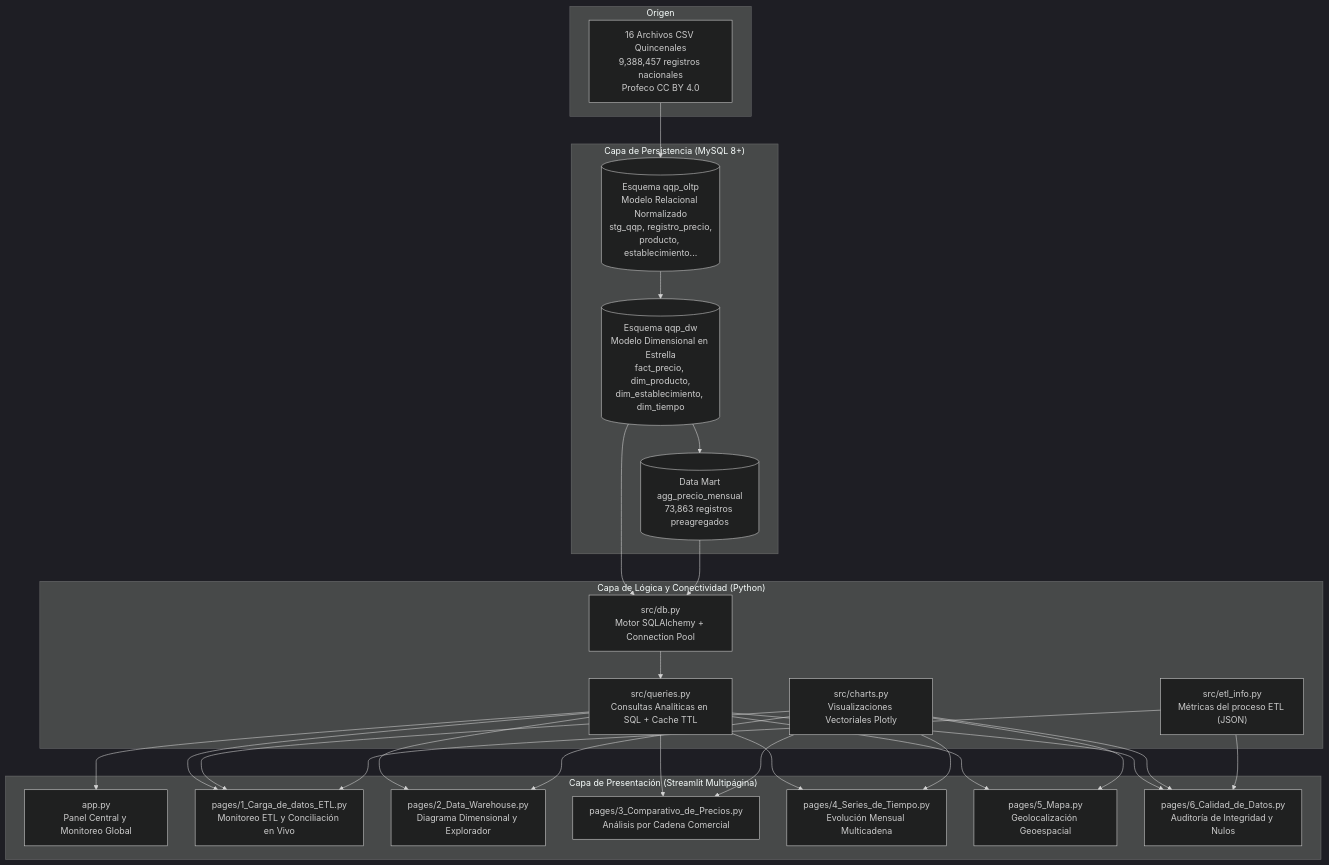
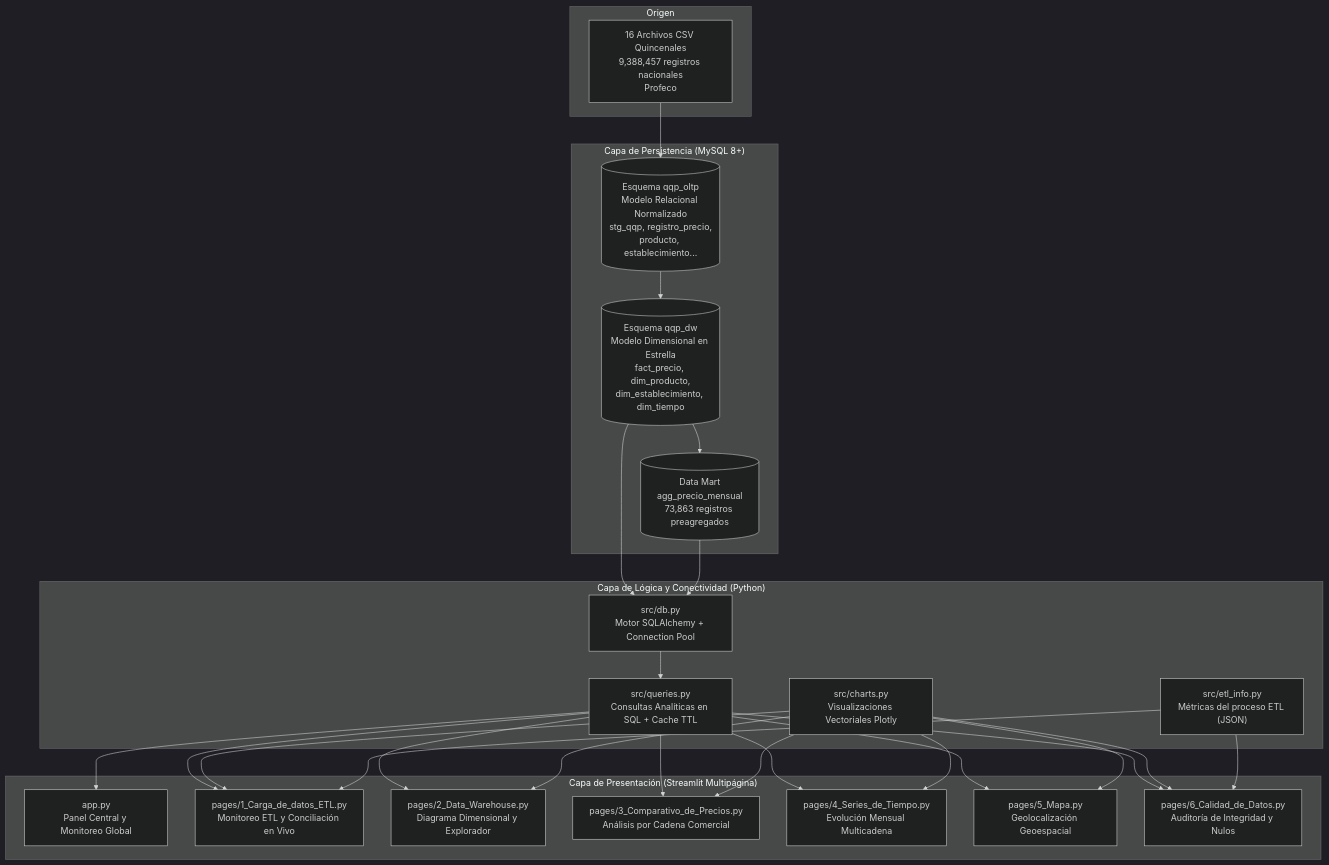
The first of 2 diagrams in docs/DOCUMENTACION_TECNICA.md (LeonardoSGP/qqp-oaxaca-dashboard), drawn with Mermaid (dark theme) before and after one commit. The commit also changed other lines of this file and 2 other files, not shown here.

Commit message:
docs: actualizar autores a Leonardo Garcia y Cristian Placido y retirar referencias a licencia CC BY 4.0

````diff
--- a/docs/DOCUMENTACION_TECNICA.md
+++ b/docs/DOCUMENTACION_TECNICA.md
@@ -23,38 +23,38 @@
 ```mermaid
 flowchart TD
     subgraph Origen
-        CSV["16 Archivos CSV Quincenales\n9,388,457 registros nacionales\nProfeco CC BY 4.0"]
+        CSV["16 Archivos CSV Quincenales\n9,388,457 registros nacionales\nProfeco"]
     end
 
     subgraph "Capa de Persistencia (MySQL 8+)"
         OLTP[("Esquema qqp_oltp\nModelo Relacional Normalizado\nstg_qqp, registro_precio,\nproducto, establecimiento...")]
         DW[("Esquema qqp_dw\nModelo Dimensional en Estrella\nfact_precio, dim_producto,\ndim_establecimiento, dim_tiempo")]
         DM[("Data Mart\nagg_precio_mensual\n73,863 registros preagregados")]
     end
 
     subgraph "Capa de Lógica y Conectividad (Python)"
         DB["src/db.py\nMotor SQLAlchemy + Connection Pool"]
         QUERIES["src/queries.py\nConsultas Analíticas en SQL + Cache TTL"]
         CHARTS["src/charts.py\nVisualizaciones Vectoriales Plotly"]
         ETL["src/etl_info.py\nMétricas del proceso ETL (JSON)"]
     end
 
     subgraph "Capa de Presentación (Streamlit Multipágina)"
         APP["app.py\nPanel Central y Monitoreo Global"]
         P1["pages/1_Carga_de_datos_ETL.py\nMonitoreo ETL y Conciliación en Vivo"]
         P2["pages/2_Data_Warehouse.py\nDiagrama Dimensional y Explorador"]
         P3["pages/3_Comparativo_de_Precios.py\nAnálisis por Cadena Comercial"]
         P4["pages/4_Series_de_Tiempo.py\nEvolución Mensual Multicadena"]
         P5["pages/5_Mapa.py\nGeolocalización Geoespacial"]
         P6["pages/6_Calidad_de_Datos.py\nAuditoría de Integridad y Nulos"]
     end
 
     CSV --> OLTP
     OLTP --> DW
     DW --> DM
     DW & DM --> DB
     DB --> QUERIES
     QUERIES --> APP & P1 & P2 & P3 & P4 & P5 & P6
     CHARTS --> P1 & P2 & P3 & P4 & P5 & P6
     ETL --> P1 & P6
 ```
````
